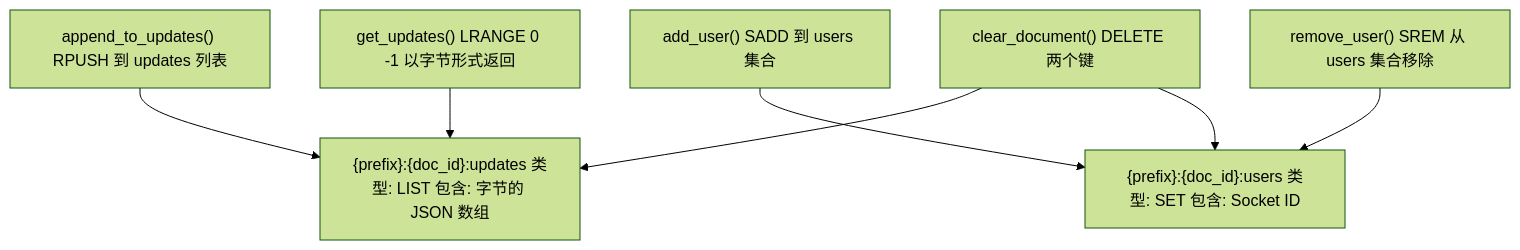
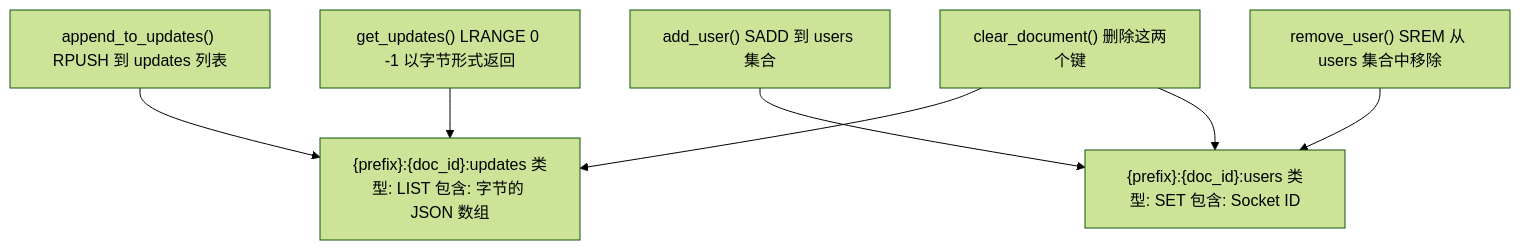
The sixth of 10 diagrams in tests/open-webui_deepwiki/zh/16-real-time-communication.md (Chesszyh/Wiki), drawn with Mermaid (forest theme) before and after one commit. The commit also changed other lines of this file and 234 other files, not shown here.

````diff
--- a/tests/open-webui_deepwiki/zh/16-real-time-communication.md
+++ b/tests/open-webui_deepwiki/zh/16-real-time-communication.md
@@ -305,17 +305,17 @@
 ```mermaid
 flowchart TD
     UpdatesKey["{prefix}:{doc_id}:updates 类型: LIST 包含: 字节的 JSON 数组"]
     UsersKey["{prefix}:{doc_id}:users 类型: SET 包含: Socket ID"]
     AppendUpdate["append_to_updates() RPUSH 到 updates 列表"]
     GetUpdates["get_updates() LRANGE 0 -1 以字节形式返回"]
     AddUser["add_user() SADD 到 users 集合"]
-    RemoveUser["remove_user() SREM 从 users 集合移除"]
-    Clear["clear_document() DELETE 两个键"]
+    RemoveUser["remove_user() SREM 从 users 集合中移除"]
+    Clear["clear_document() 删除这两个键"]
 
     AppendUpdate --> UpdatesKey
     GetUpdates --> UpdatesKey
     AddUser --> UsersKey
     RemoveUser --> UsersKey
     Clear --> UpdatesKey
     Clear --> UsersKey
 ```
````
